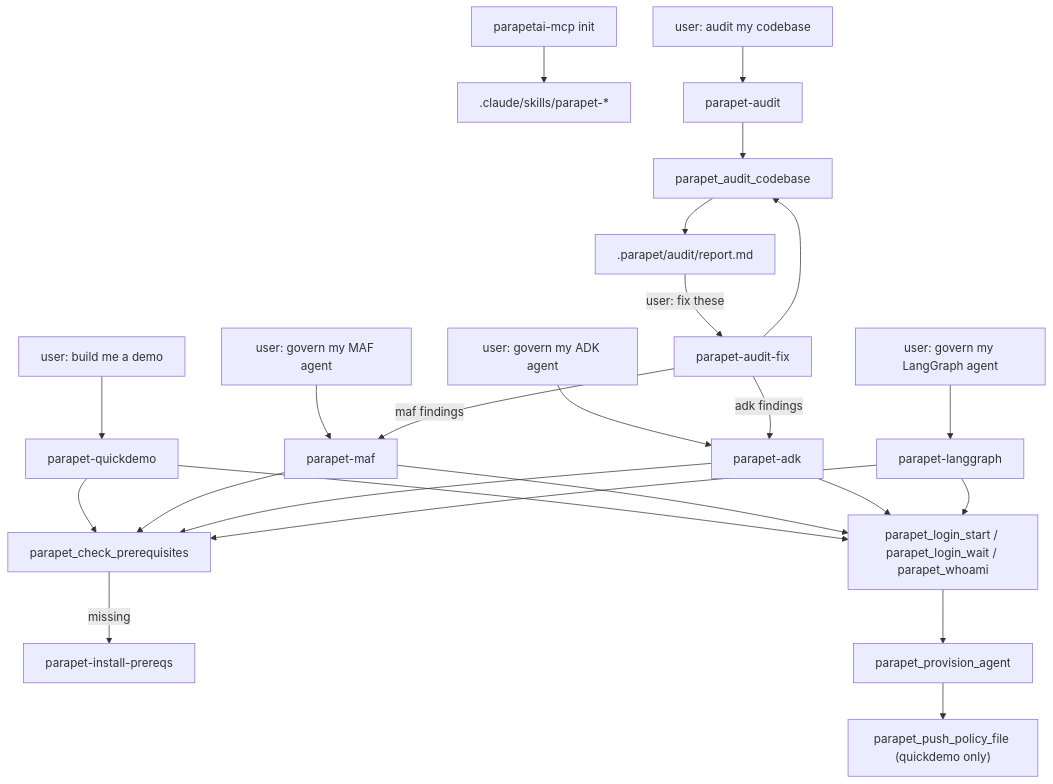
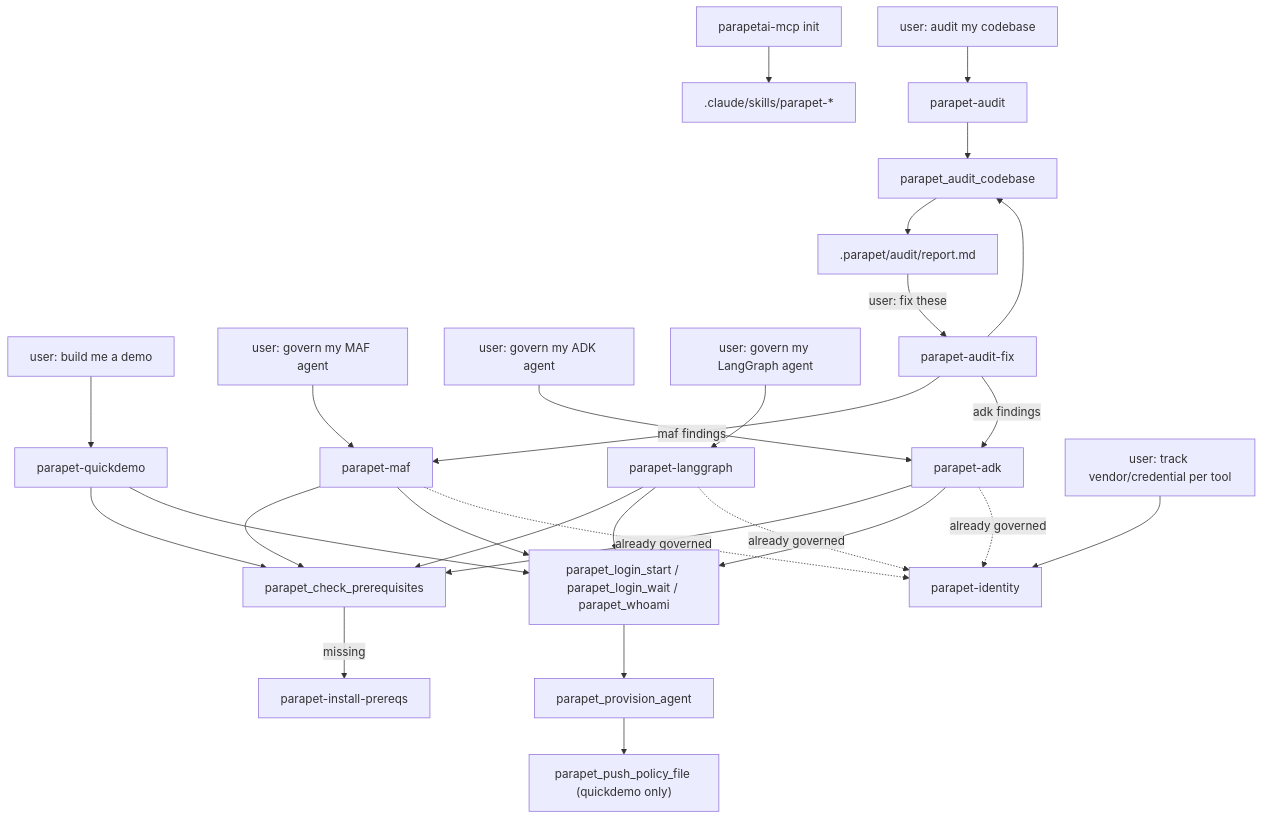
The diagram in docs/cli/skills.md (Parapet-run/parapet-agenticai-sdk), drawn with Mermaid before and after one commit. The commit also changed other lines of this file and 8 other files, not shown here.

First line of the commit message:
feat(mcp): add parapet-identity skill for vendor/access-identity instrumentation

````diff
--- a/docs/cli/skills.md
+++ b/docs/cli/skills.md
@@ -114,26 +132,30 @@
 ```mermaid
 graph TD
     A["parapetai-mcp init"] --> B[".claude/skills/parapet-*"]
     C["user: build me a demo"] --> D[parapet-quickdemo]
     E["user: govern my MAF agent"] --> F[parapet-maf]
     G["user: govern my ADK agent"] --> H[parapet-adk]
     S["user: govern my LangGraph agent"] --> T[parapet-langgraph]
     N["user: audit my codebase"] --> O[parapet-audit]
     D --> I[parapet_check_prerequisites]
     F --> I
     H --> I
     T --> I
     I -->|missing| J[parapet-install-prereqs]
     D --> K["parapet_login_start / parapet_login_wait / parapet_whoami"]
     F --> K
     H --> K
     T --> K
     K --> L[parapet_provision_agent]
     L --> M["parapet_push_policy_file (quickdemo only)"]
     O --> P[parapet_audit_codebase]
     P --> Q[".parapet/audit/report.md"]
     Q -->|"user: fix these"| R[parapet-audit-fix]
     R -->|"maf findings"| F
     R -->|"adk findings"| H
     R --> P
+    U["user: track vendor/credential per tool"] --> V[parapet-identity]
+    F -.->|"already governed"| V
+    H -.->|"already governed"| V
+    T -.->|"already governed"| V
 ```
````
